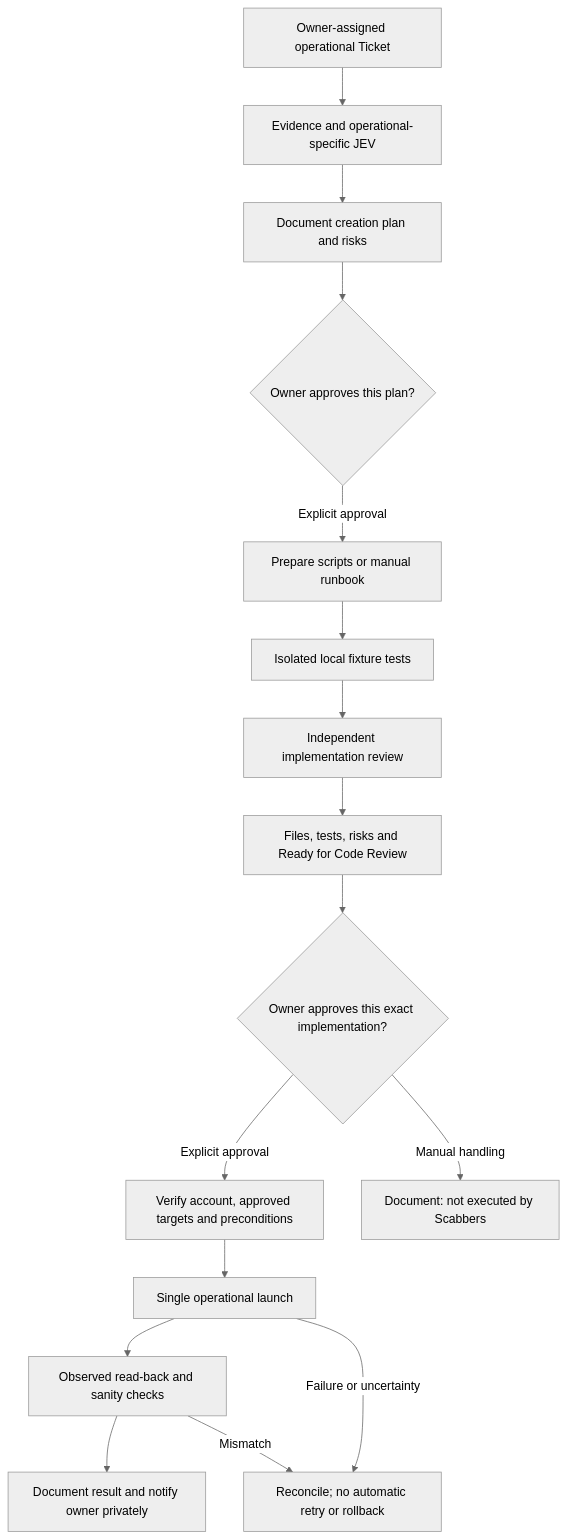
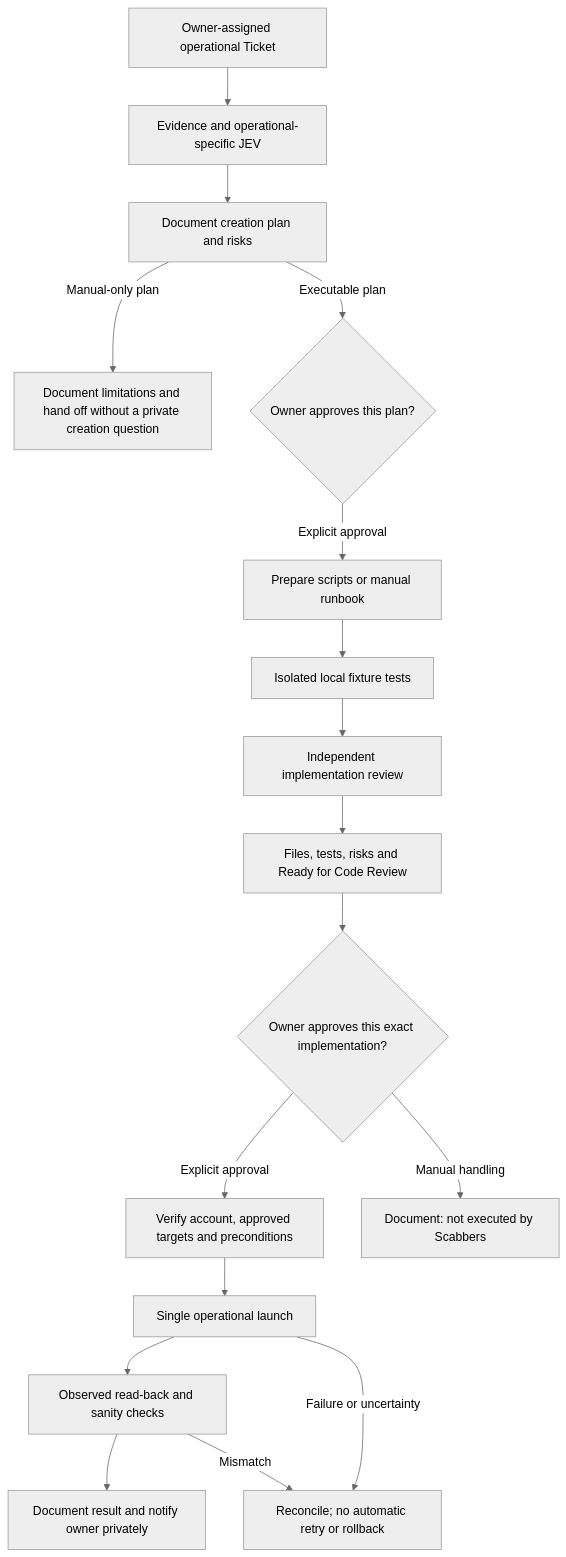
The sixth of 6 diagrams in README.md (art-83/scabbers-cli), drawn with Mermaid (neutral theme) before and after one commit. The commit also changed other lines of this file and 18 other files, not shown here.

````diff
--- a/README.md
+++ b/README.md
@@ -364,18 +364,19 @@
 ```mermaid
 flowchart TD
     Ticket[Owner-assigned operational Ticket] --> Investigate[Evidence and operational-specific JEV]
     Investigate --> Plan[Document creation plan and risks]
-    Plan --> Approval1{Owner approves this plan?}
+    Plan -->|Manual-only plan| Handoff[Document limitations and hand off without a private creation question]
+    Plan -->|Executable plan| Approval1{Owner approves this plan?}
     Approval1 -->|Explicit approval| Build[Prepare scripts or manual runbook]
     Build --> Test[Isolated local fixture tests]
     Test --> Review[Independent implementation review]
     Review --> Document[Files, tests, risks and Ready for Code Review]
     Document --> Approval2{Owner approves this exact implementation?}
     Approval2 -->|Explicit approval| Preflight[Verify account, approved targets and preconditions]
     Preflight --> Execute[Single operational launch]
     Execute --> Verify[Observed read-back and sanity checks]
     Verify --> Result[Document result and notify owner privately]
     Execute -->|Failure or uncertainty| Reconcile[Reconcile; no automatic retry or rollback]
     Verify -->|Mismatch| Reconcile
     Approval2 -->|Manual handling| Manual[Document: not executed by Scabbers]
 ```
````
